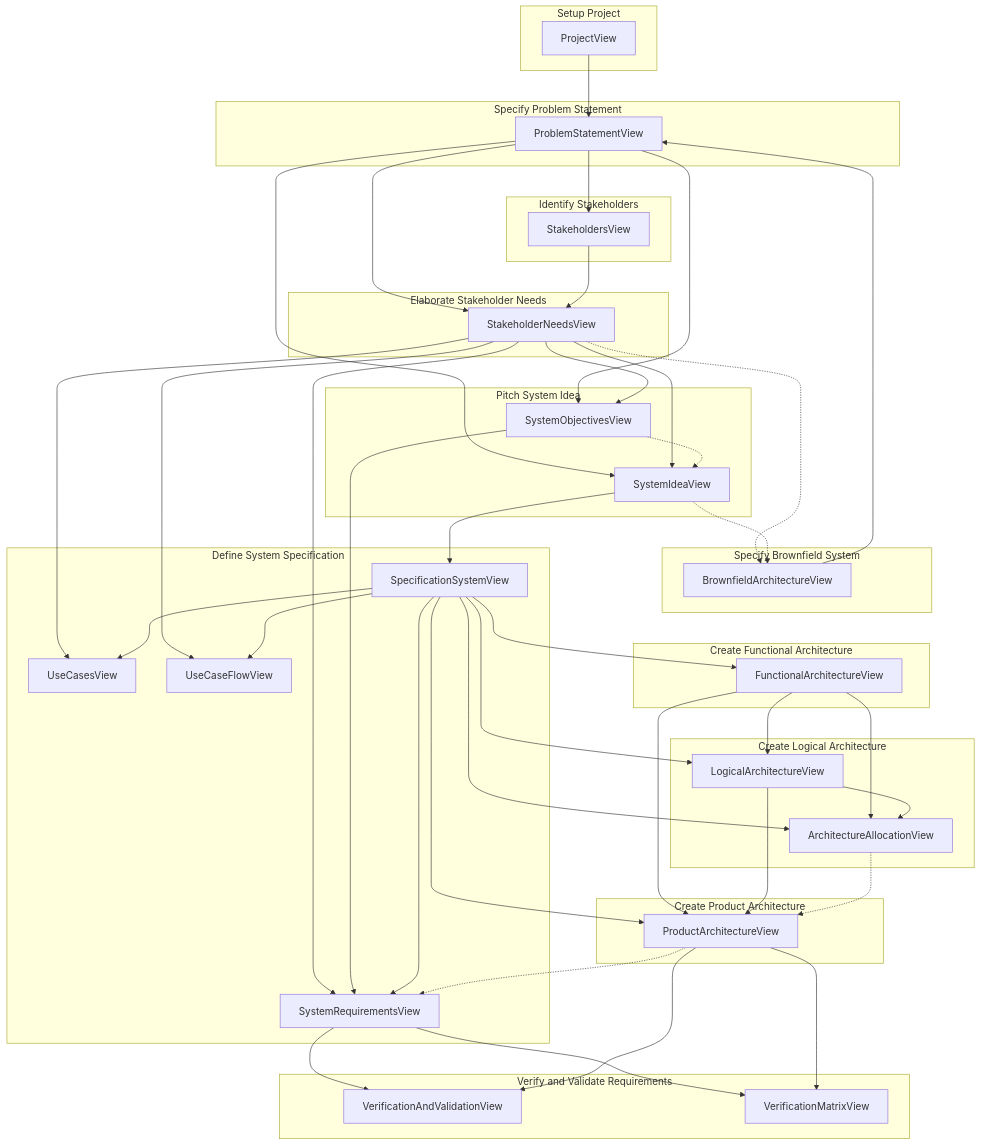
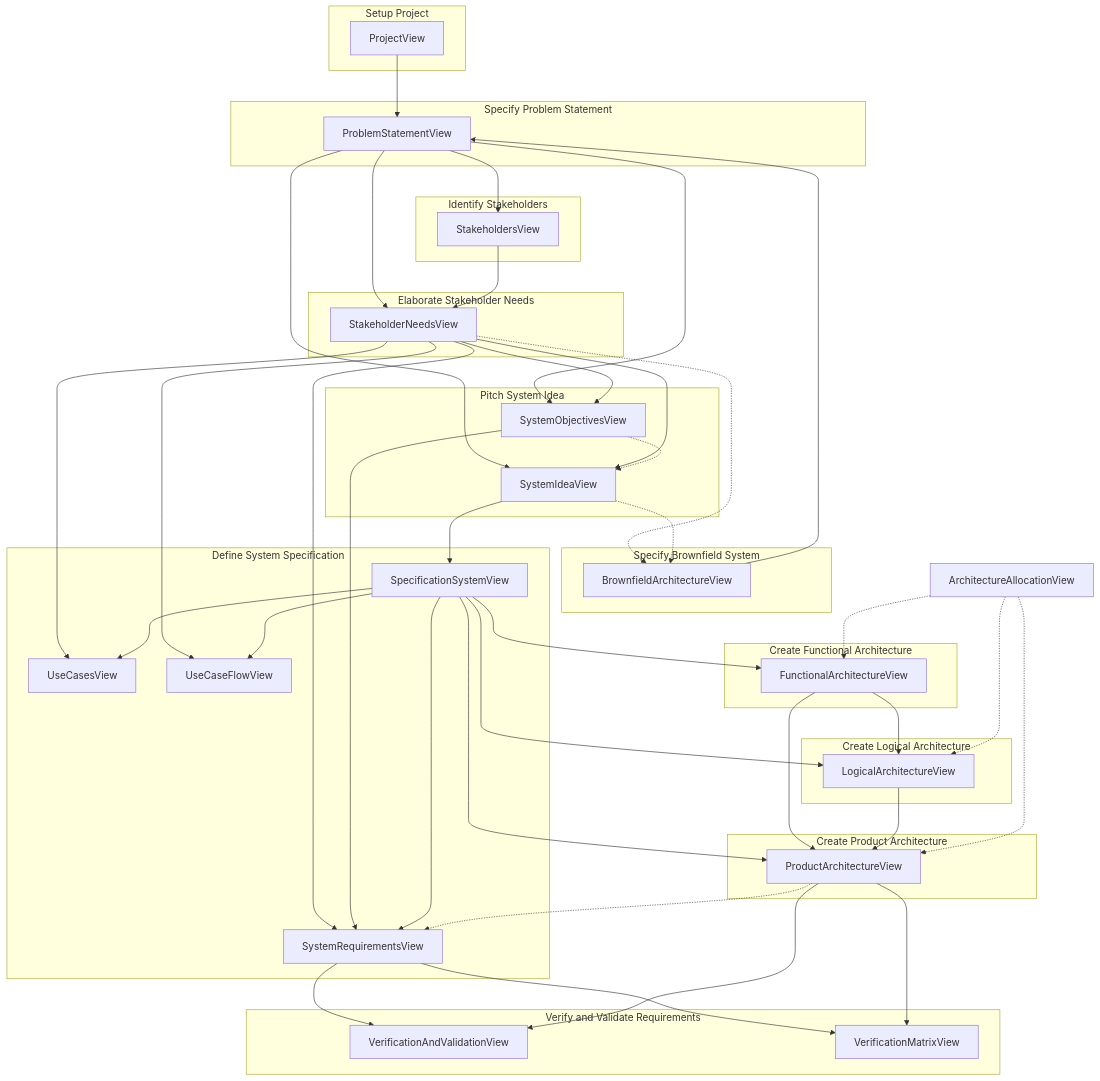
The second of 2 diagrams in SYSMODViews.md (MBSE4U/sysmod-sysmlv2), drawn with Mermaid before and after one commit. The commit also changed other lines of this file, not shown here.

````diff
--- a/SYSMODViews.md
+++ b/SYSMODViews.md
@@ -1659,77 +1659,76 @@
 ```mermaid
 flowchart TB
     subgraph SetupProject["Setup Project"]
         ProjectView[ProjectView]
     end
     subgraph SpecifyBrownfieldSystem["Specify Brownfield System"]
         BrownfieldArchitectureView[BrownfieldArchitectureView]
     end
     subgraph SpecifyProblemStatement["Specify Problem Statement"]
         ProblemStatementView[ProblemStatementView]
     end
     subgraph IdentifyStakeholders["Identify Stakeholders"]
         StakeholdersView[StakeholdersView]
     end
     subgraph ElaborateStakeholderNeeds["Elaborate Stakeholder Needs"]
         StakeholderNeedsView[StakeholderNeedsView]
     end
     subgraph PitchSystemIdea["Pitch System Idea"]
         SystemIdeaView[SystemIdeaView]
         SystemObjectivesView[SystemObjectivesView]
     end
     subgraph DefineSystemSpecification["Define System Specification"]
         SpecificationSystemView[SpecificationSystemView]
         UseCasesView[UseCasesView]
         UseCaseFlowView[UseCaseFlowView]
         SystemRequirementsView[SystemRequirementsView]
     end
     subgraph CreateFunctionalArchitecture["Create Functional Architecture"]
         FunctionalArchitectureView[FunctionalArchitectureView]
     end
     subgraph CreateLogicalArchitecture["Create Logical Architecture"]
         LogicalArchitectureView[LogicalArchitectureView]
-        ArchitectureAllocationView[ArchitectureAllocationView]
     end
     subgraph CreateProductArchitecture["Create Product Architecture"]
         ProductArchitectureView[ProductArchitectureView]
     end
     subgraph VerifyAndValidateRequirements["Verify and Validate Requirements"]
         VerificationAndValidationView[VerificationAndValidationView]
         VerificationMatrixView[VerificationMatrixView]
     end
+    ArchitectureAllocationView[ArchitectureAllocationView]
     ProjectView --> ProblemStatementView
     BrownfieldArchitectureView --> ProblemStatementView
     ProblemStatementView --> StakeholdersView
     ProblemStatementView --> StakeholderNeedsView
     StakeholdersView --> StakeholderNeedsView
     ProblemStatementView --> SystemIdeaView
     StakeholderNeedsView --> SystemIdeaView
     ProblemStatementView --> SystemObjectivesView
     StakeholderNeedsView --> SystemObjectivesView
     SystemIdeaView --> SpecificationSystemView
     StakeholderNeedsView --> UseCasesView
     SpecificationSystemView --> UseCasesView
     StakeholderNeedsView --> UseCaseFlowView
     SpecificationSystemView --> UseCaseFlowView
     StakeholderNeedsView --> SystemRequirementsView
     SystemObjectivesView --> SystemRequirementsView
     SpecificationSystemView --> SystemRequirementsView
     SpecificationSystemView --> FunctionalArchitectureView
     SpecificationSystemView --> LogicalArchitectureView
     FunctionalArchitectureView --> LogicalArchitectureView
     SpecificationSystemView --> ProductArchitectureView
     FunctionalArchitectureView --> ProductArchitectureView
     LogicalArchitectureView --> ProductArchitectureView
-    SpecificationSystemView --> ArchitectureAllocationView
-    FunctionalArchitectureView --> ArchitectureAllocationView
-    LogicalArchitectureView --> ArchitectureAllocationView
     SystemRequirementsView --> VerificationAndValidationView
     ProductArchitectureView --> VerificationAndValidationView
     SystemRequirementsView --> VerificationMatrixView
     ProductArchitectureView --> VerificationMatrixView
     StakeholderNeedsView -.-> BrownfieldArchitectureView
     SystemIdeaView -.-> BrownfieldArchitectureView
     SystemObjectivesView -.-> SystemIdeaView
     ProductArchitectureView -.-> SystemRequirementsView
+    ArchitectureAllocationView -.-> FunctionalArchitectureView
+    ArchitectureAllocationView -.-> LogicalArchitectureView
     ArchitectureAllocationView -.-> ProductArchitectureView
 ```
````
